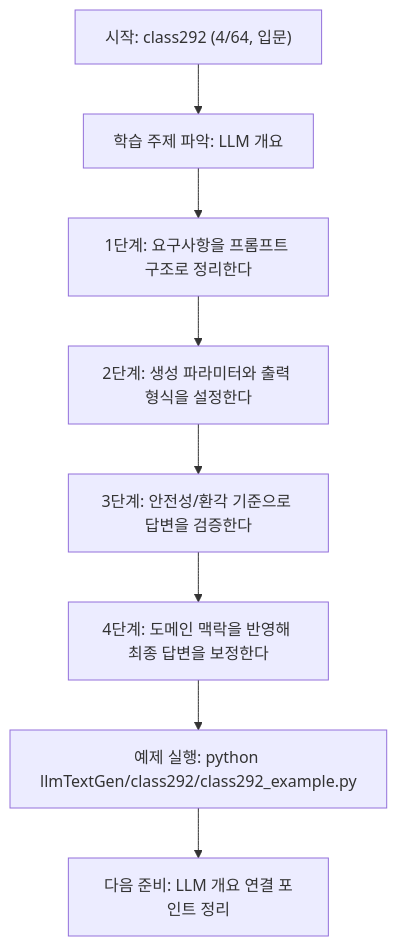
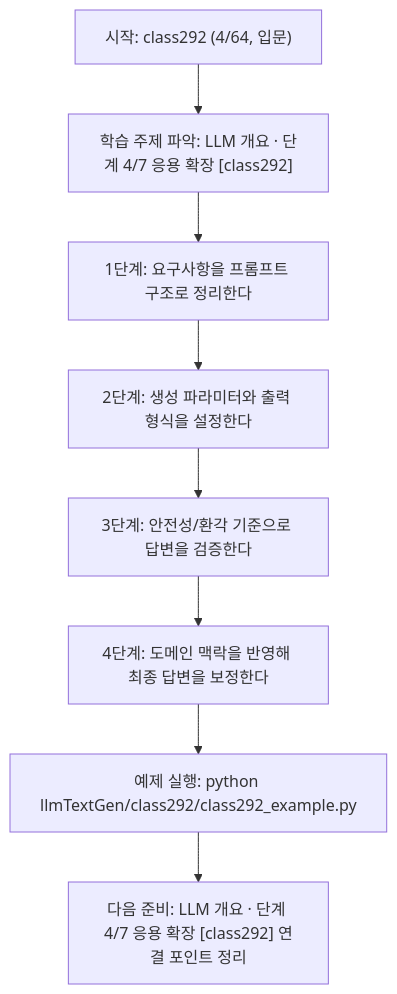
The diagram in llmTextGen/class292/class292.md (edumgt/Python-AI_Agent-Class), drawn with Mermaid before and after one commit. The commit also changed other lines of this file and 522 other files, not shown here.

````diff
--- a/llmTextGen/class292/class292.md
+++ b/llmTextGen/class292/class292.md
@@ -112,18 +113,18 @@
 ```mermaid
 flowchart TD
 N1["시작: class292 (4/64, 입문)"]
-N2["학습 주제 파악: LLM 개요"]
+N2["학습 주제 파악: LLM 개요 · 단계 4/7 응용 확장 [class292]"]
 N3["1단계: 요구사항을 프롬프트 구조로 정리한다"]
 N4["2단계: 생성 파라미터와 출력 형식을 설정한다"]
 N5["3단계: 안전성/환각 기준으로 답변을 검증한다"]
 N6["4단계: 도메인 맥락을 반영해 최종 답변을 보정한다"]
 N7["예제 실행: python llmTextGen/class292/class292_example.py"]
-N8["다음 준비: LLM 개요 연결 포인트 정리"]
+N8["다음 준비: LLM 개요 · 단계 4/7 응용 확장 [class292] 연결 포인트 정리"]
 N1 --> N2
 N2 --> N3
 N3 --> N4
 N4 --> N5
 N5 --> N6
 N6 --> N7
 N7 --> N8
 ```
````
